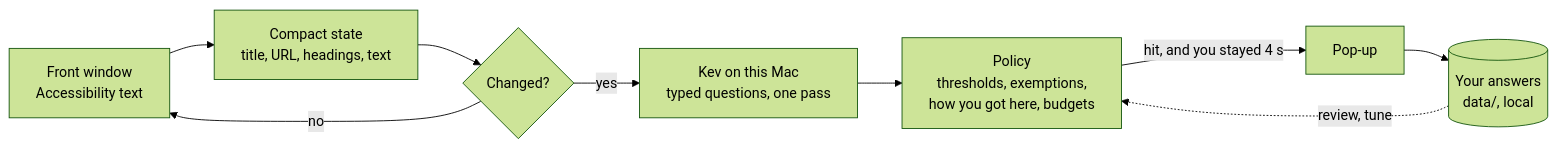
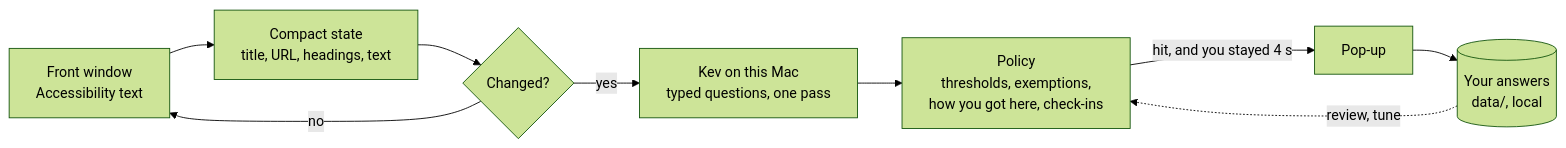
One commit to RoderickQiu/qualm changed the diagram in README.md. Above: the diagram before and after it, drawn with Mermaid (forest theme). The commit also changed other lines of this file and 31 other files, not shown here.

First line of the commit message:
Check-ins replace daily budgets

````diff
--- a/README.md
+++ b/README.md
@@ -79,11 +84,11 @@
 ```mermaid
 flowchart LR
     A[Front window<br/>Accessibility text] --> B[Compact state<br/>title, URL, headings, text]
     B --> C{Changed?}
     C -- no --> A
     C -- yes --> D[Kev on this Mac<br/>typed questions, one pass]
-    D --> E[Policy<br/>thresholds, exemptions,<br/>how you got here, budgets]
+    D --> E[Policy<br/>thresholds, exemptions,<br/>how you got here, check-ins]
     E -- hit, and you stayed 4 s --> F[Pop-up]
     F --> G[(Your answers<br/>data/, local)]
     G -. review, tune .-> E
 ```
````
